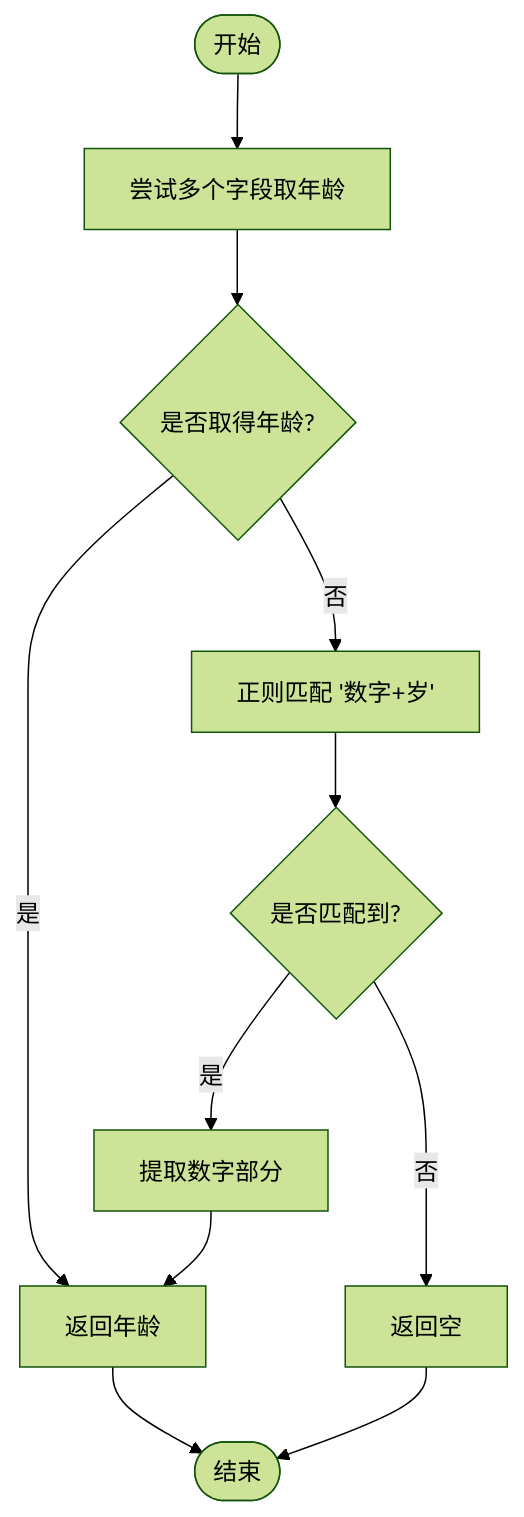
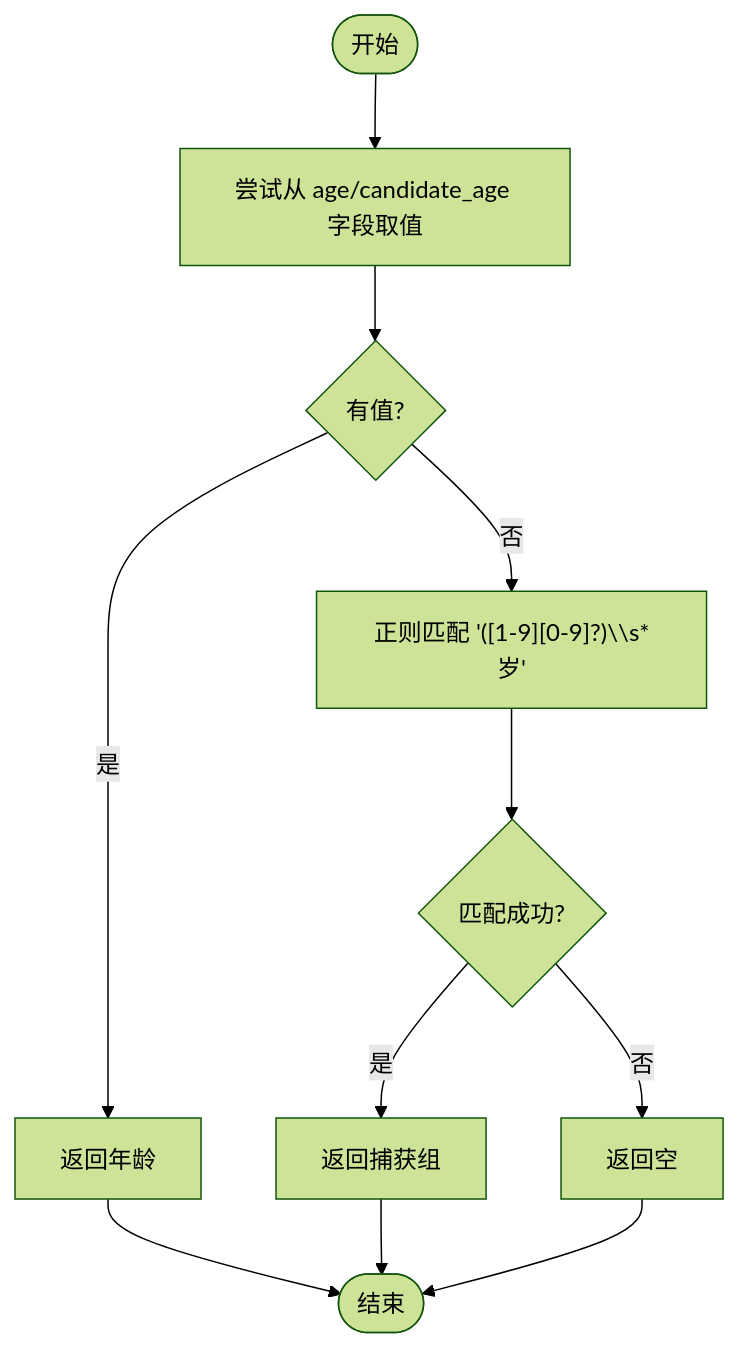
Before and after one commit to alvinwangzi/goodhr: the fourth of 7 diagrams in .qoder/repowiki/zh/content/本地执行器/平台适配器/猎聘适配器/运行时管理.md, drawn with Mermaid (forest theme). The commit also changed other lines of this file and 149 other files, not shown here.

````diff
--- a/.qoder/repowiki/zh/content/本地执行器/平台适配器/猎聘适配器/运行时管理.md
+++ b/.qoder/repowiki/zh/content/本地执行器/平台适配器/猎聘适配器/运行时管理.md
@@ -264,13 +182,13 @@
 ```mermaid
 flowchart TD
-S(["开始"]) --> TryFields["尝试多个字段取年龄"]
-TryFields --> HasAge{"是否取得年龄?"}
-HasAge --> |是| ReturnAge["返回年龄"]
-HasAge --> |否| Regex["正则匹配 '数字+岁'"]
-Regex --> MatchFound{"是否匹配到?"}
-MatchFound --> |是| Extract["提取数字部分"]
-MatchFound --> |否| Empty["返回空"]
-Extract --> ReturnAge
+S(["开始"]) --> TryDirect["尝试从 age/candidate_age 字段取值"]
+TryDirect --> HasAge{"有值?"}
+HasAge -- 是 --> ReturnAge["返回年龄"]
+HasAge -- 否 --> Regex["正则匹配 '([1-9][0-9]?)\\s*岁'"]
+Regex --> Matched{"匹配成功?"}
+Matched -- 是 --> ReturnMatch["返回捕获组"]
+Matched -- 否 --> ReturnEmpty["返回空"]
 ReturnAge --> E(["结束"])
-Empty --> E
+ReturnMatch --> E
+ReturnEmpty --> E
 ```
````
